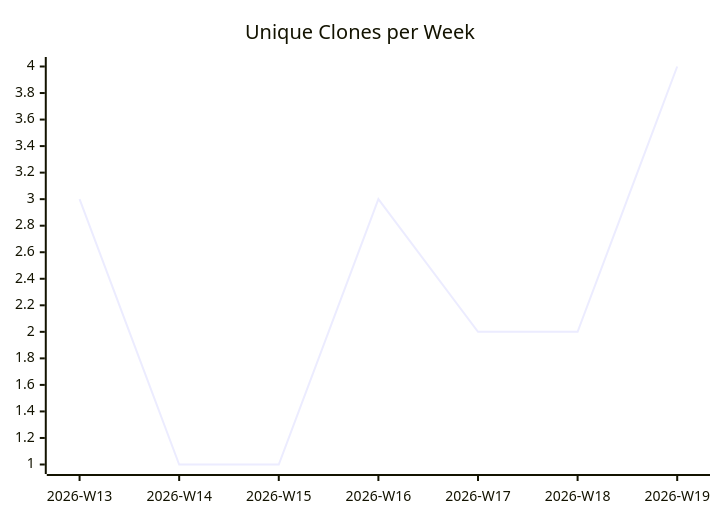
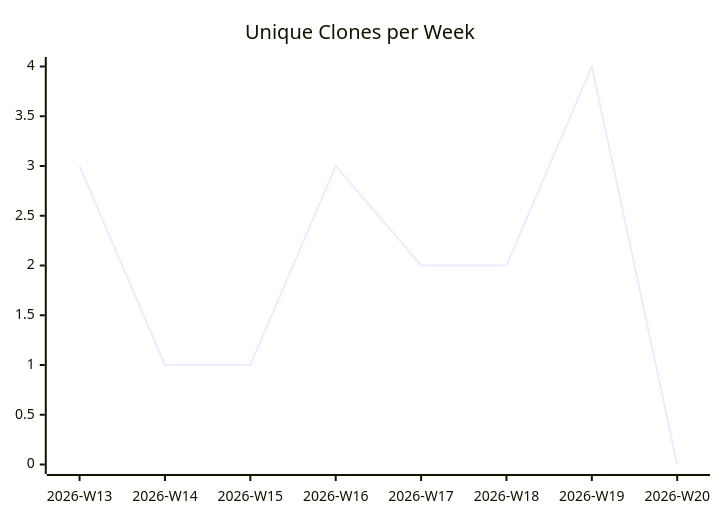
One commit to justdavis-family/github-analytics-data changed the third of 3 diagrams in karlmdavis/perfect-note/README.md. Above: the diagram before and after it, drawn with Mermaid. The commit also changed other lines of this file and 190 other files, not shown here.

````diff
--- a/karlmdavis/perfect-note/README.md
+++ b/karlmdavis/perfect-note/README.md
@@ -19,6 +19,6 @@
 ```mermaid
 xychart-beta
   title "Unique Clones per Week"
-  x-axis ["2026-W13", "2026-W14", "2026-W15", "2026-W16", "2026-W17", "2026-W18", "2026-W19"]
-  line [3, 1, 1, 3, 2, 2, 4]
+  x-axis ["2026-W13", "2026-W14", "2026-W15", "2026-W16", "2026-W17", "2026-W18", "2026-W19", "2026-W20"]
+  line [3, 1, 1, 3, 2, 2, 4, 0]
 ```
````
